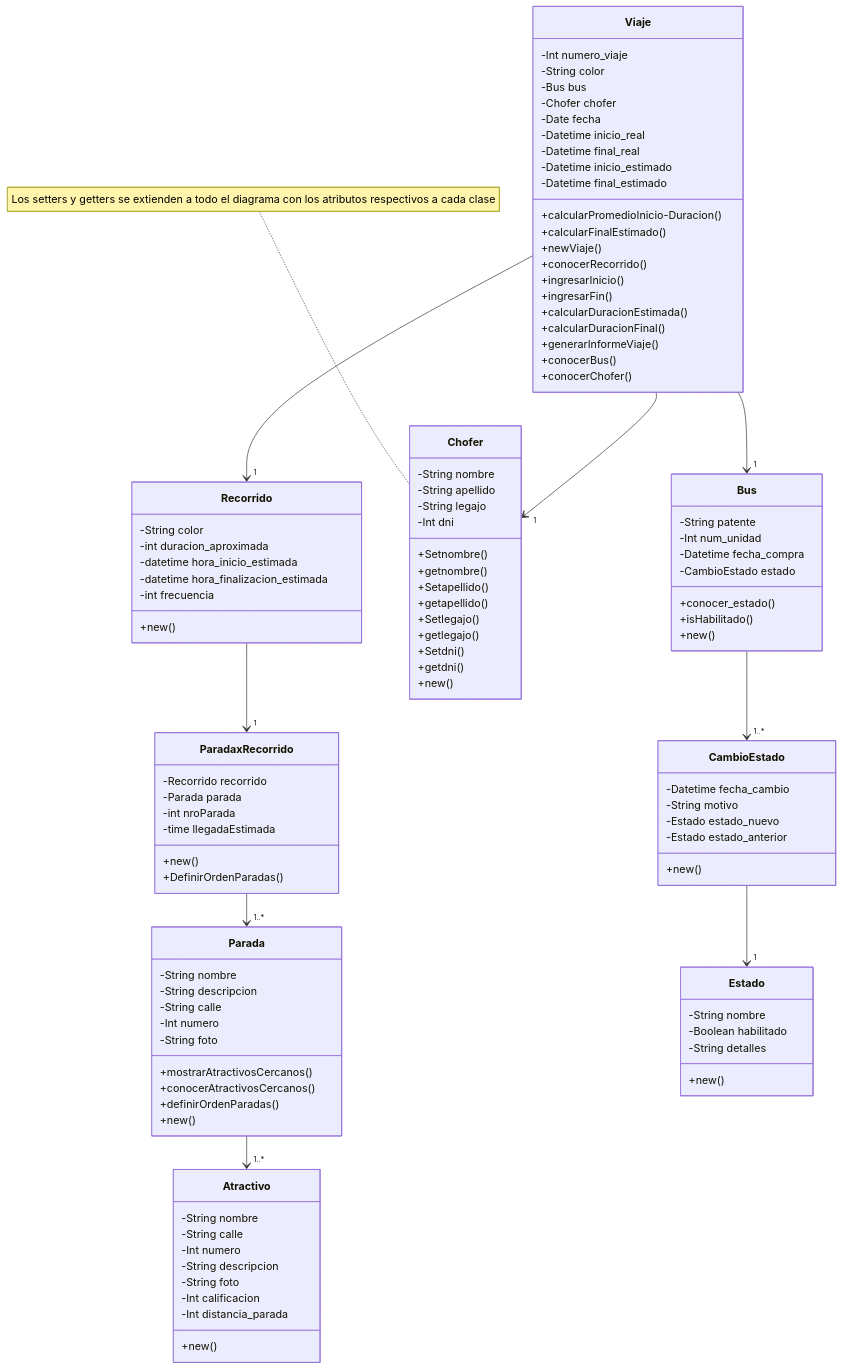
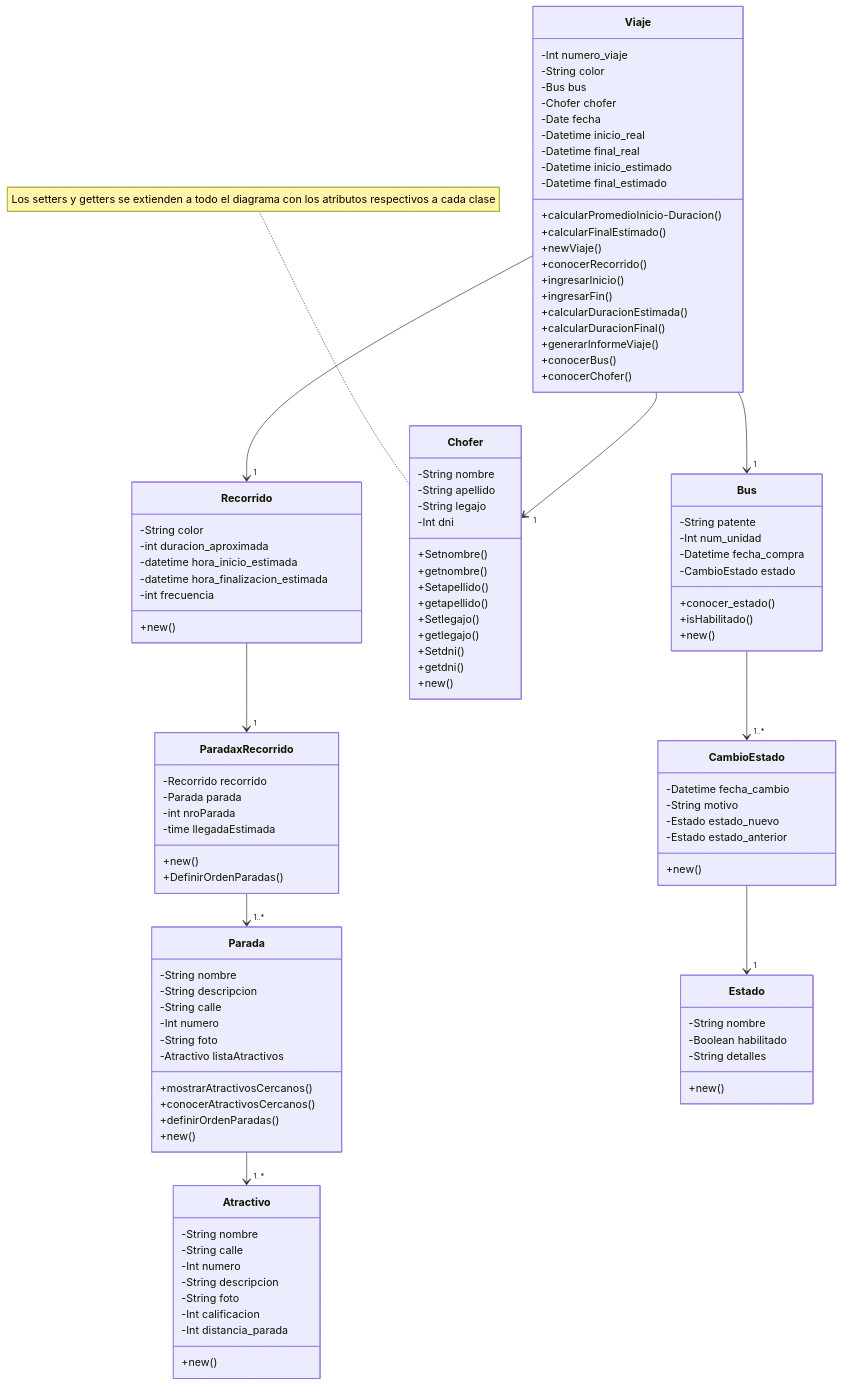
Before and after one commit to Abril-Teo/BusTuristico: the diagram in README.md, drawn with Mermaid.

```diff
--- a/README.md
+++ b/README.md
@@ -30,6 +30,7 @@
         -String calle
         -Int numero
         -String foto
+        -Atractivo listaAtractivos
         +mostrarAtractivosCercanos()
         +conocerAtractivosCercanos()
         +definirOrdenParadas()
```
